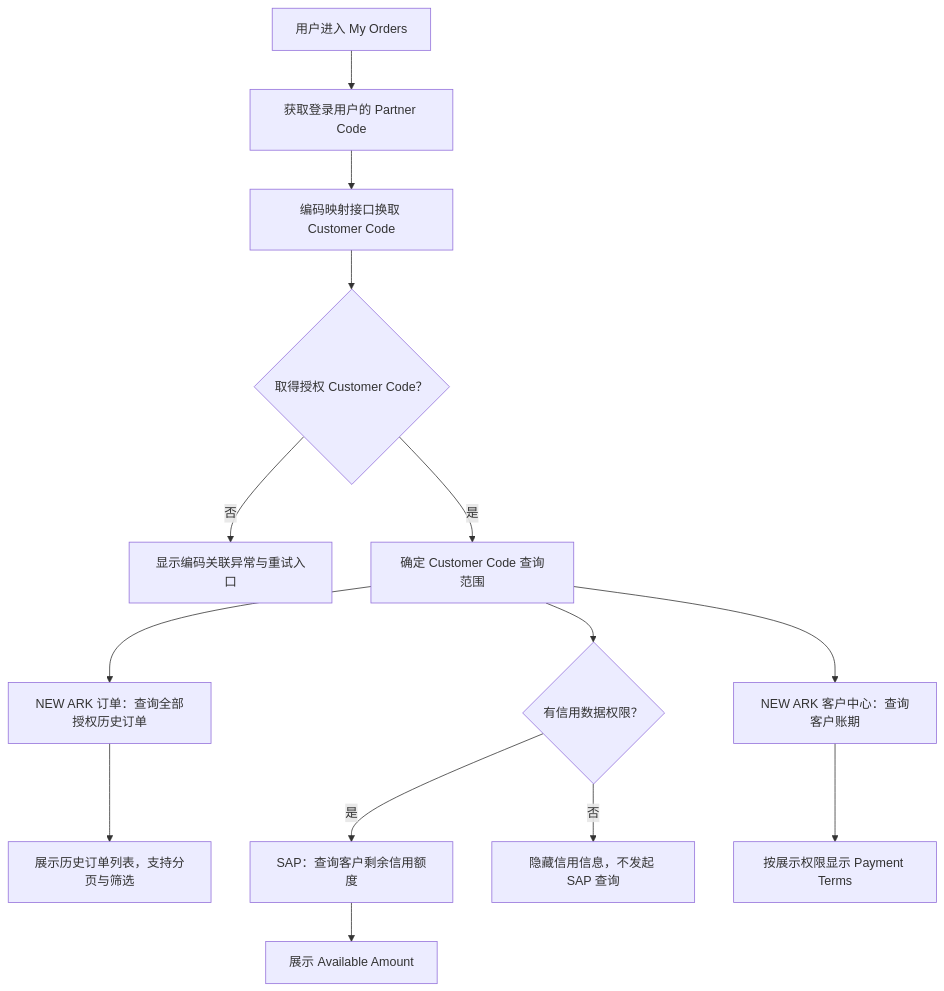
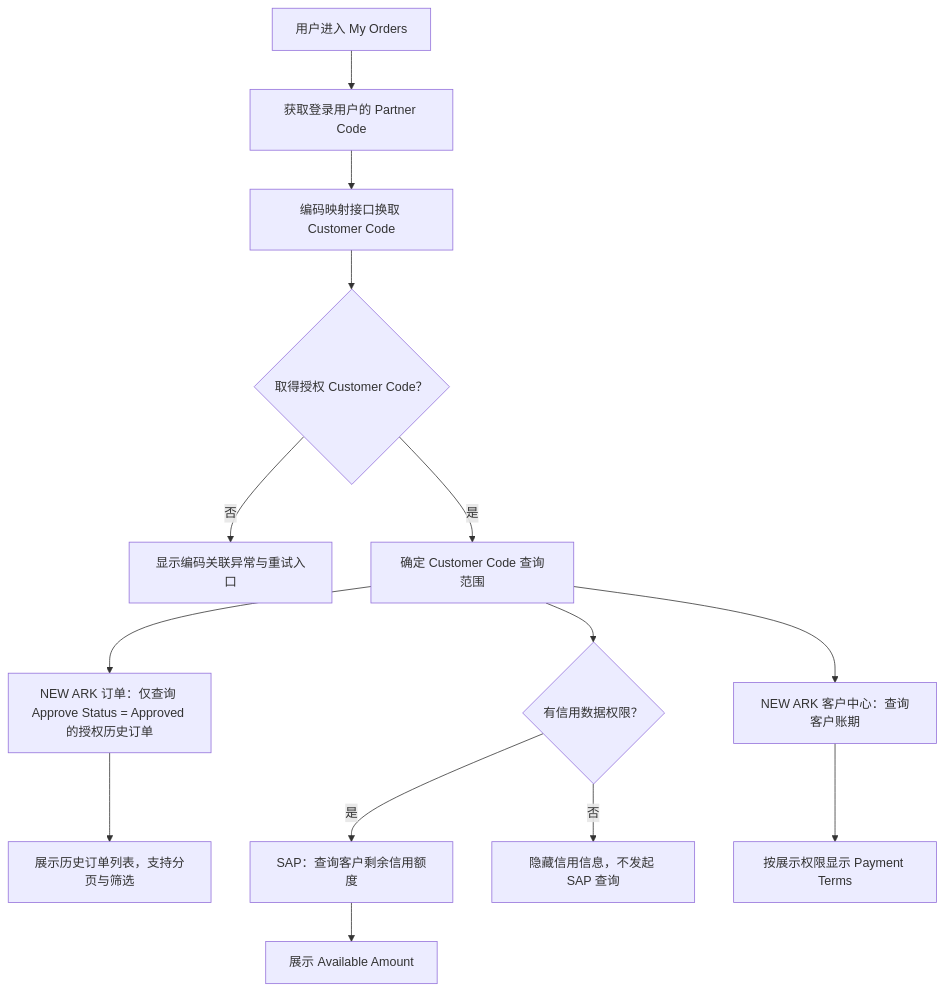
The first of 2 diagrams in site/docs/SunPower_My_Orders_PRD.md (Nickiisme/product-list), drawn with Mermaid before and after one commit. The commit also changed other lines of this file and 32 other files, not shown here.

````diff
--- a/site/docs/SunPower_My_Orders_PRD.md
+++ b/site/docs/SunPower_My_Orders_PRD.md
@@ -141,16 +141,16 @@
 ```mermaid
 flowchart TD
     myOrders["用户进入 My Orders"] --> partnerCode["获取登录用户的 Partner Code"]
     partnerCode --> mapping["编码映射接口换取 Customer Code"]
     mapping --> mappingOk{"取得授权 Customer Code？"}
     mappingOk -->|"否"| mappingError["显示编码关联异常与重试入口"]
     mappingOk -->|"是"| customerCode["确定 Customer Code 查询范围"]
-    customerCode --> orderQuery["NEW ARK 订单：查询全部授权历史订单"]
+    customerCode --> orderQuery["NEW ARK 订单：仅查询 Approve Status = Approved 的授权历史订单"]
     orderQuery --> orderList["展示历史订单列表，支持分页与筛选"]
     customerCode --> creditPermission{"有信用数据权限？"}
     creditPermission -->|"是"| sapQuery["SAP：查询客户剩余信用额度"]
     sapQuery --> creditView["展示 Available Amount"]
     creditPermission -->|"否"| creditHidden["隐藏信用信息，不发起 SAP 查询"]
     customerCode --> termsQuery["NEW ARK 客户中心：查询客户账期"]
     termsQuery --> termsView["按展示权限显示 Payment Terms"]
 ```
````
